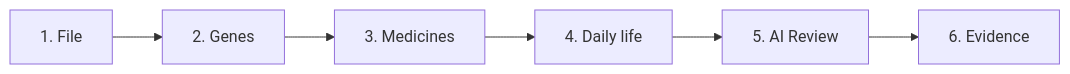
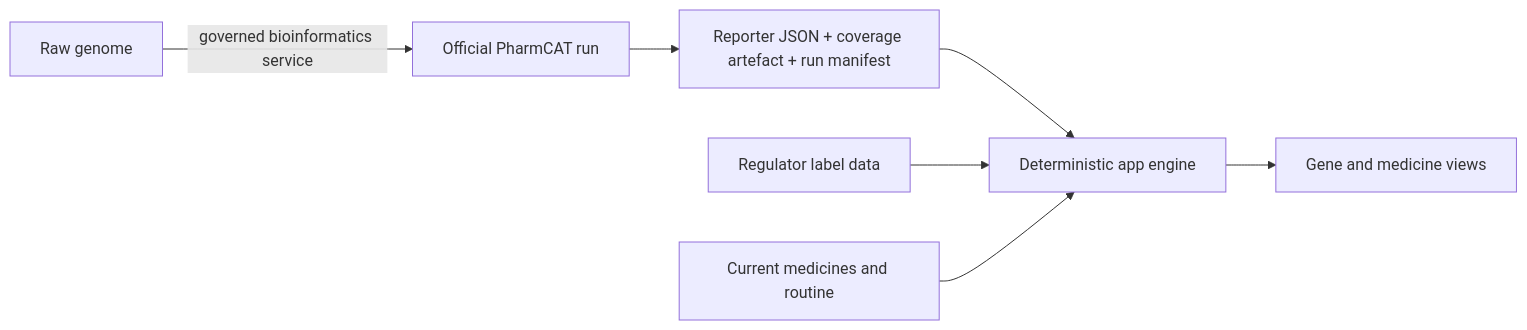
Before and after one commit to RealWooblay/medhack: the first of 2 diagrams in ARCHITECTURE.md, drawn with Mermaid. The commit also changed other lines of this file and 40 other files, not shown here.

Commit message:
Build fail-closed PharmCAT validation and MedGemma gateway

````diff
--- a/ARCHITECTURE.md
+++ b/ARCHITECTURE.md
@@ -32,8 +36,9 @@
 ```mermaid
 flowchart LR
-    A["1. File"] --> B["2. Genes"]
-    B --> C["3. Medicines"]
-    C --> D["4. Daily life"]
-    D --> E["5. AI Review"]
-    E --> F["6. Evidence"]
+    A["Raw genome"] -->|"governed bioinformatics service"| B["Official PharmCAT run"]
+    B --> C["Reporter JSON + coverage artefact + run manifest"]
+    C --> D["Deterministic app engine"]
+    D --> E["Gene and medicine views"]
+    F["Regulator label data"] --> D
+    G["Current medicines and routine"] --> D
 ```
````
